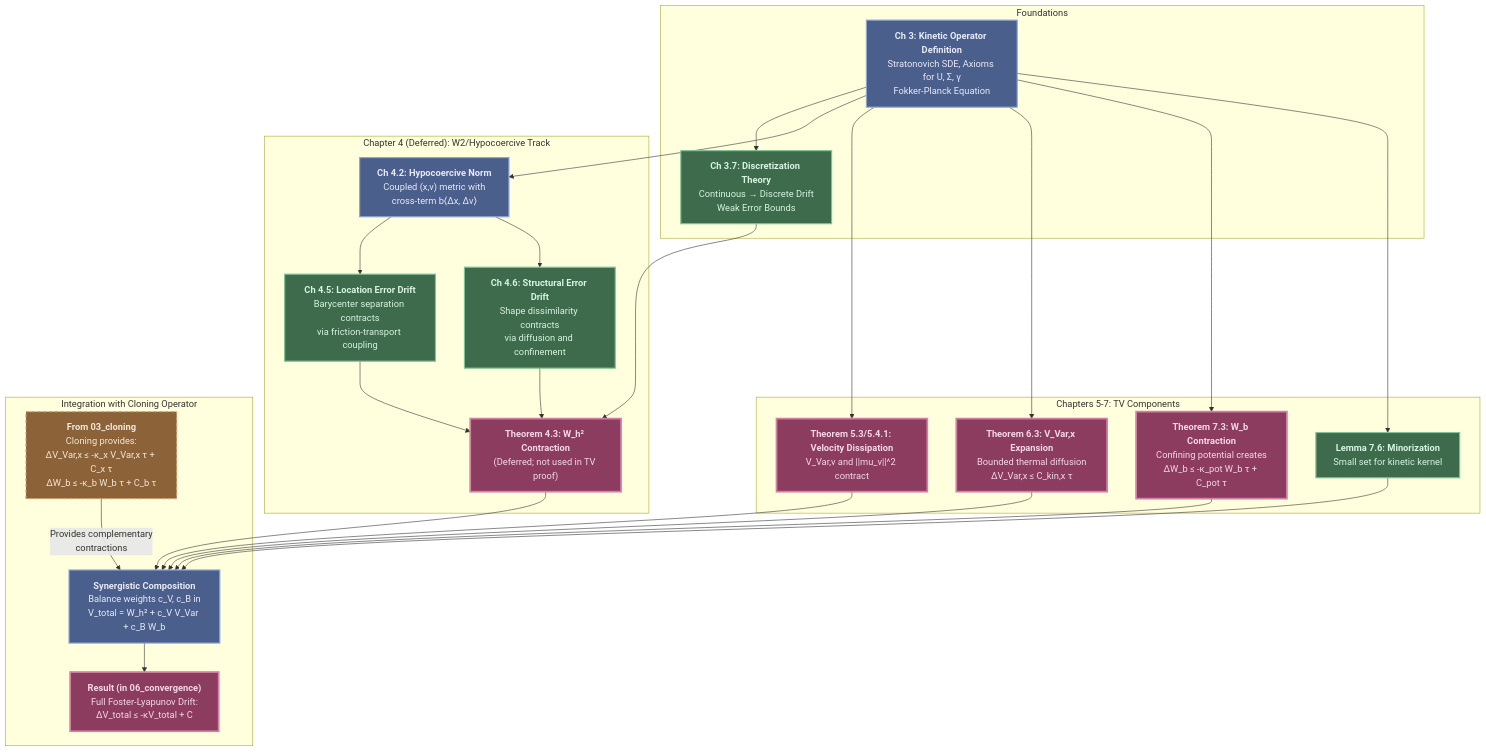
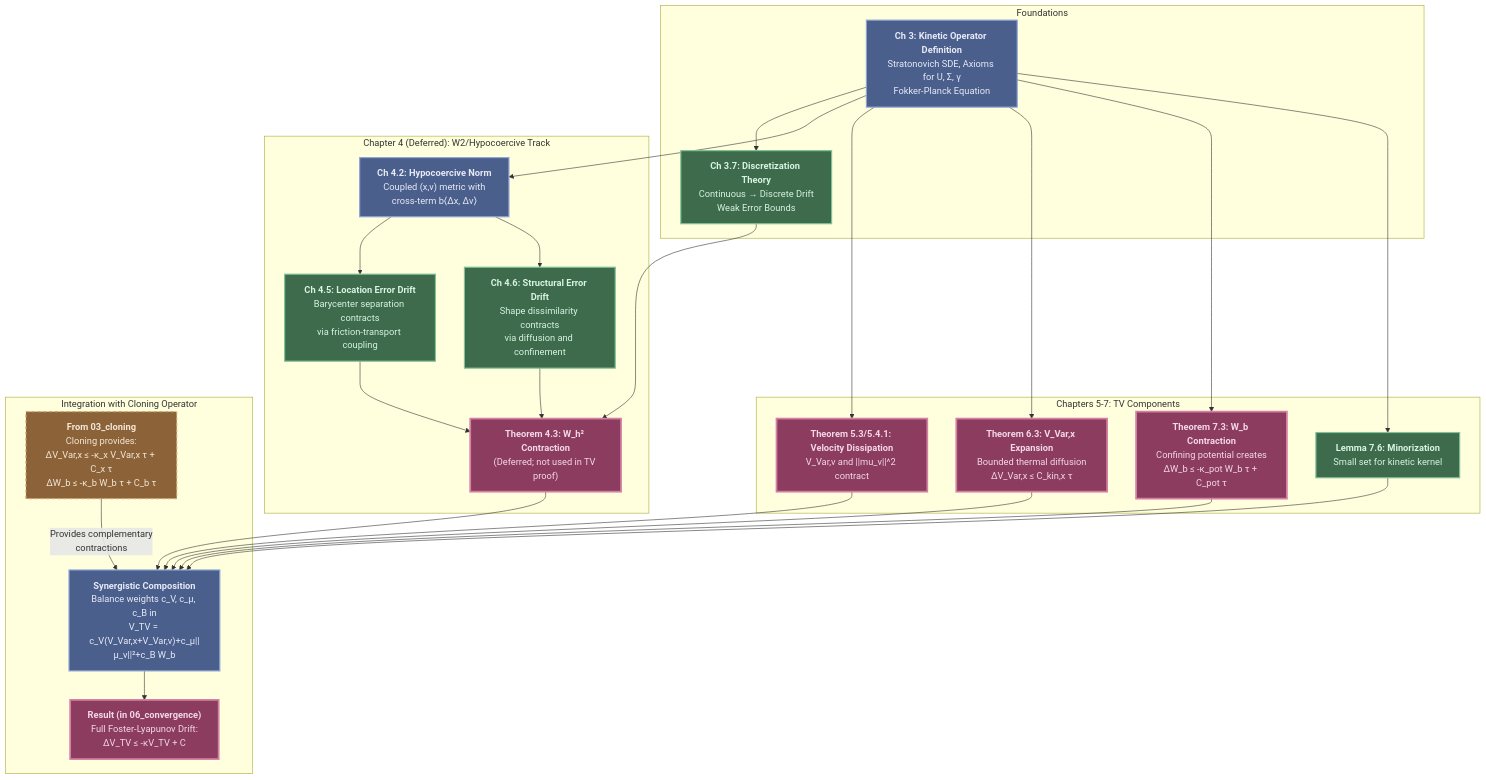
Before and after one commit to FragileTech/fragile: the diagram in docs/source/3_fractal_gas/appendices/05_kinetic_contraction.md, drawn with Mermaid. The commit also changed other lines of this file and 25 other files, not shown here.

````diff
--- a/docs/source/3_fractal_gas/appendices/05_kinetic_contraction.md
+++ b/docs/source/3_fractal_gas/appendices/05_kinetic_contraction.md
@@ -59,53 +59,53 @@
 ```{mermaid}
 graph TD
     subgraph "Foundations"
         A["<b>Ch 3: Kinetic Operator Definition</b><br>Stratonovich SDE, Axioms for U, Σ, γ<br>Fokker-Planck Equation"]:::stateStyle
         B["<b>Ch 3.7: Discretization Theory</b><br>Continuous → Discrete Drift<br>Weak Error Bounds"]:::lemmaStyle
     end
 
     subgraph "Chapter 4 (Deferred): W2/Hypocoercive Track"
         C["<b>Ch 4.2: Hypocoercive Norm</b><br>Coupled (x,v) metric with<br>cross-term b⟨Δx, Δv⟩"]:::stateStyle
         D["<b>Ch 4.5: Location Error Drift</b><br>Barycenter separation contracts<br>via friction-transport coupling"]:::lemmaStyle
         E["<b>Ch 4.6: Structural Error Drift</b><br>Shape dissimilarity contracts<br>via diffusion and confinement"]:::lemmaStyle
         F["<b>Theorem 4.3: W_h² Contraction</b><br>(Deferred; not used in TV proof)"]:::theoremStyle
     end
 
     subgraph "Chapters 5-7: TV Components"
         G["<b>Theorem 5.3/5.4.1: Velocity Dissipation</b><br>V_Var,v and ||mu_v||^2 contract"]:::theoremStyle
         H["<b>Theorem 6.3: V_Var,x Expansion</b><br>Bounded thermal diffusion<br>ΔV_Var,x ≤ C_kin,x τ"]:::theoremStyle
         I["<b>Theorem 7.3: W_b Contraction</b><br>Confining potential creates<br>ΔW_b ≤ -κ_pot W_b τ + C_pot τ"]:::theoremStyle
         I2["<b>Lemma 7.6: Minorization</b><br>Small set for kinetic kernel"]:::lemmaStyle
     end
 
     subgraph "Integration with Cloning Operator"
         J["<b>From 03_cloning</b><br>Cloning provides:<br>ΔV_Var,x ≤ -κ_x V_Var,x τ + C_x τ<br>ΔW_b ≤ -κ_b W_b τ + C_b τ"]:::axiomStyle
-        K["<b>Synergistic Composition</b><br>Balance weights c_V, c_B in<br>V_total = W_h² + c_V V_Var + c_B W_b"]:::stateStyle
-        L["<b>Result (in 06_convergence)</b><br>Full Foster-Lyapunov Drift:<br>ΔV_total ≤ -κV_total + C"]:::theoremStyle
+        K["<b>Synergistic Composition</b><br>Balance weights c_V, c_μ, c_B in<br>V_TV = c_V(V_Var,x+V_Var,v)+c_μ||μ_v||²+c_B W_b"]:::stateStyle
+        L["<b>Result (in 06_convergence)</b><br>Full Foster-Lyapunov Drift:<br>ΔV_TV ≤ -κV_TV + C"]:::theoremStyle
     end
 
     A --> B
     A --> C
     B --> F
     C --> D
     C --> E
     D --> F
     E --> F
 
     A --> G
     A --> H
     A --> I
     A --> I2
 
     F --> K
     G --> K
     H --> K
     I --> K
     I2 --> K
     J -- "Provides complementary<br>contractions" --> K
     K --> L
 
     classDef stateStyle fill:#4a5f8c,stroke:#8fa4d4,stroke-width:2px,color:#e8eaf6
     classDef axiomStyle fill:#8c6239,stroke:#d4a574,stroke-width:2px,stroke-dasharray: 5 5,color:#f4e8d8
     classDef lemmaStyle fill:#3d6b4b,stroke:#7fc296,stroke-width:2px,color:#d8f4e3
     classDef theoremStyle fill:#8c3d5f,stroke:#d47fa4,stroke-width:3px,color:#f4d8e8
 ```
````
